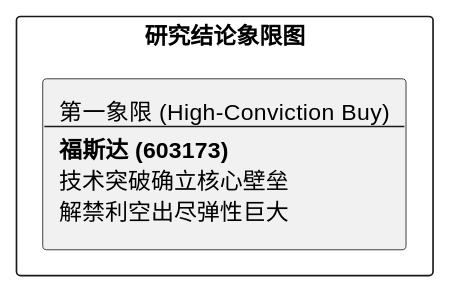
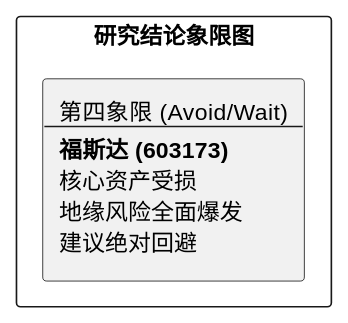
Before and after one commit to hrzzzrh/QuantPyLab: the diagram in investigation/equities/福斯达/reports/研报章节七：投资摘要与风险因素.md, drawn with PlantUML. The commit also changed other lines of this file and 30 other files, not shown here.

````diff
--- a/investigation/equities/福斯达/reports/研报章节七：投资摘要与风险因素.md
+++ b/investigation/equities/福斯达/reports/研报章节七：投资摘要与风险因素.md
@@ -24,7 +24,7 @@
 ```plantuml
 @startuml
 rectangle "研究结论象限图" {
-    rectangle "第一象限 (High-Conviction Buy)\n--\n**福斯达 (603173)**\n技术突破确立核心壁垒\n解禁利空出尽弹性巨大" as Q1
+    rectangle "第四象限 (Avoid/Wait)\n--\n**福斯达 (603173)**\n核心资产受损\n地缘风险全面爆发\n建议绝对回避" as Q4
 }
 @enduml
 ```
````
